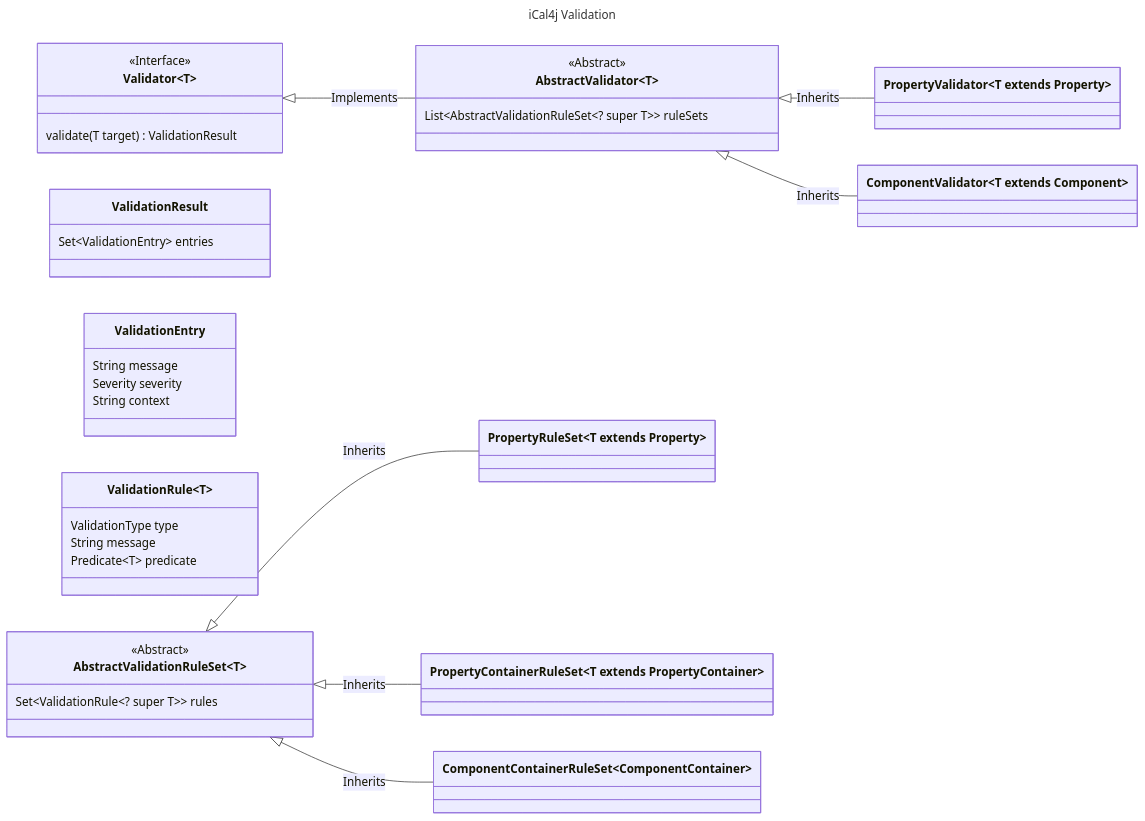
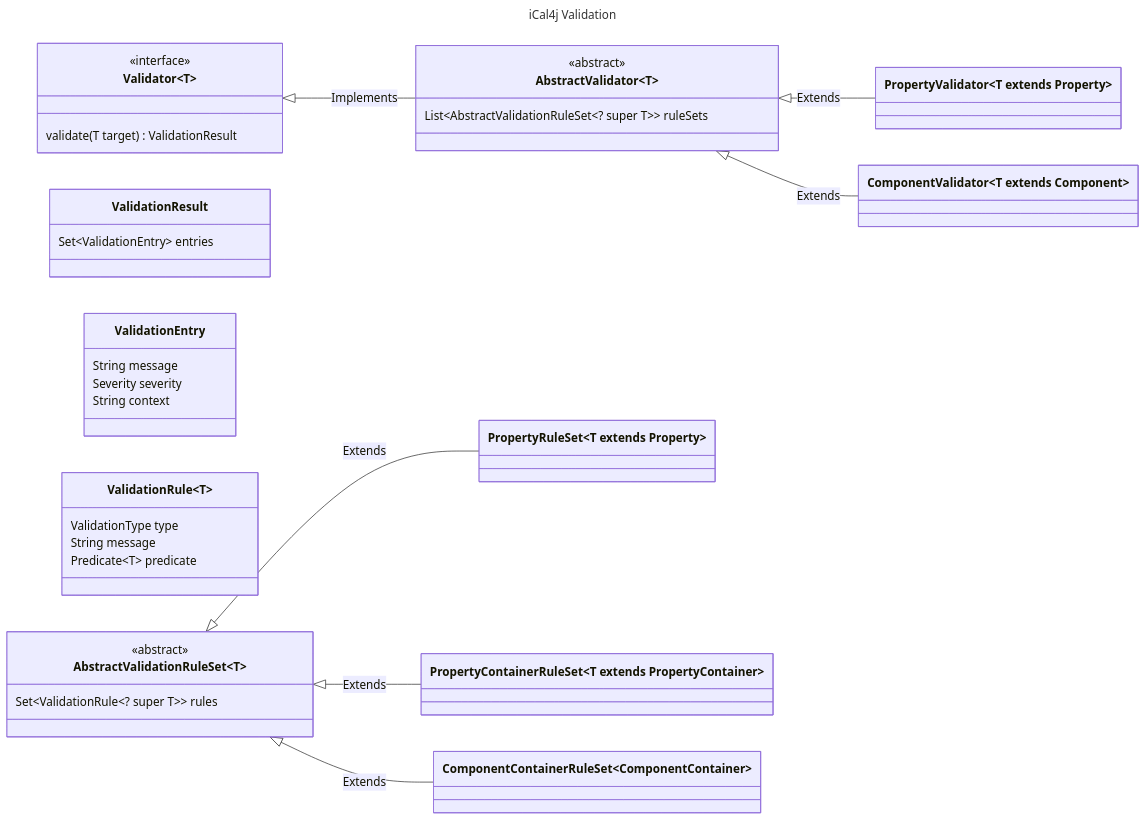
Before and after one commit to ical4j/ical4j-user-guide: the diagram in docs/images/validation.mmd, drawn with Mermaid. The commit also changed 5 other files, not shown here.

Commit message:
Added filter class diagram

```diff
--- a/docs/images/validation.mmd
+++ b/docs/images/validation.mmd
@@ -1,44 +1,44 @@
 ---
 title: iCal4j Validation
 ---
 classDiagram
     direction LR
 
     class Validator~T~
-    <<Interface>> Validator~T~
+    <<interface>> Validator~T~
     Validator~T~: validate(T target) ValidationResult
 
     class AbstractValidator~T~
-    <<Abstract>> AbstractValidator~T~
+    <<abstract>> AbstractValidator~T~
     AbstractValidator~T~: List~AbstractValidationRuleSet~? super T~~ ruleSets
 
     class PropertyValidator~T extends Property~
 
     class ComponentValidator~T extends Component~
 
     ValidationResult: Set~ValidationEntry~ entries
 
     ValidationEntry: String message
     ValidationEntry: Severity severity
     ValidationEntry: String context
 
     ValidationRule~T~: ValidationType type
     ValidationRule~T~: String message
     ValidationRule~T~: Predicate~T~ predicate
 
     class AbstractValidationRuleSet~T~
-    <<Abstract>> AbstractValidationRuleSet~T~
+    <<abstract>> AbstractValidationRuleSet~T~
     AbstractValidationRuleSet~T~: Set~ValidationRule~? super T~~ rules
 
     class PropertyRuleSet~T extends Property~
     class PropertyContainerRuleSet~T extends PropertyContainer~
     class ComponentContainerRuleSet~ComponentContainer~
 
     Validator~T~ <|-- AbstractValidator~T~: Implements
 
-    AbstractValidator~T~ <|-- PropertyValidator~T extends Property~: Inherits
-    AbstractValidator~T~ <|-- ComponentValidator~T extends Component~: Inherits
+    AbstractValidator~T~ <|-- PropertyValidator~T extends Property~: Extends
+    AbstractValidator~T~ <|-- ComponentValidator~T extends Component~: Extends
 
-    AbstractValidationRuleSet~T~ <|-- PropertyRuleSet~T extends Property~: Inherits
-    AbstractValidationRuleSet~T~ <|-- PropertyContainerRuleSet~T extends PropertyContainer~: Inherits
-    AbstractValidationRuleSet~T~ <|-- ComponentContainerRuleSet~ComponentContainer~: Inherits
+    AbstractValidationRuleSet~T~ <|-- PropertyRuleSet~T extends Property~: Extends
+    AbstractValidationRuleSet~T~ <|-- PropertyContainerRuleSet~T extends PropertyContainer~: Extends
+    AbstractValidationRuleSet~T~ <|-- ComponentContainerRuleSet~ComponentContainer~: Extends
```
